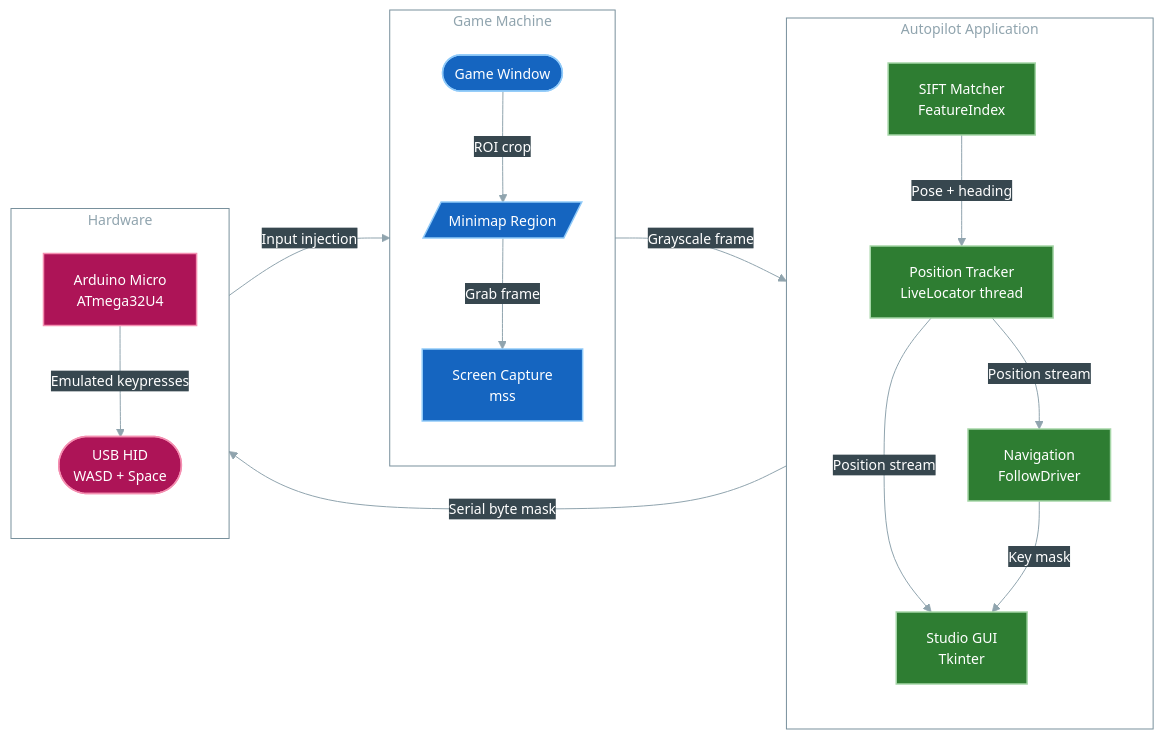
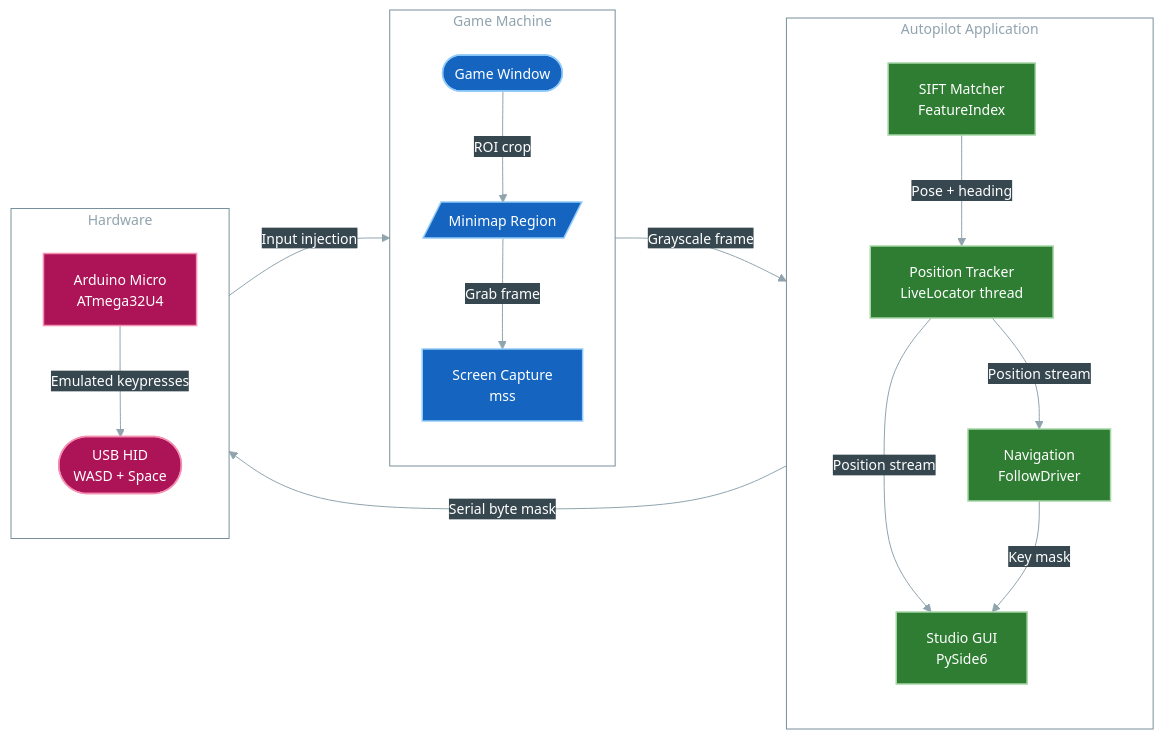
One commit to 0resuto/wardogs_autopilot changed the diagram in README.md. Above: the diagram before and after it, drawn with Mermaid. The commit also changed other lines of this file and 10 other files, not shown here.

````diff
--- a/README.md
+++ b/README.md
@@ -21,63 +22,63 @@
 ```mermaid
 %%{init: {
   'theme': 'base',
   'flowchart': { 'curve': 'basis', 'nodeSpacing': 45, 'rankSpacing': 65, 'wrap': true },
   'themeVariables': {
     'fontSize': '14px',
     'primaryColor': '#37474F',
     'primaryTextColor': '#ffffff',
     'primaryBorderColor': '#78909C',
     'lineColor': '#90A4AE',
     'secondaryColor': '#37474F',
     'tertiaryColor': '#37474F'
   }
 }}%%
 flowchart LR
     subgraph Game["Game Machine"]
         direction TB
         Screen(["Game Window"])
         Minimap[/"Minimap Region"/]
         Capture["Screen Capture<br/>mss"]
 
         Screen -->|ROI crop| Minimap
         Minimap -->|Grab frame| Capture
     end
 
     subgraph Autopilot["Autopilot Application"]
         direction TB
         Locator["SIFT Matcher<br/>FeatureIndex"]
         Tracker["Position Tracker<br/>LiveLocator thread"]
         Nav["Navigation<br/>FollowDriver"]
-        UI["Studio GUI<br/>Tkinter"]
+        UI["Studio GUI<br/>PySide6"]
 
         Locator -->|Pose + heading| Tracker
         Tracker -->|Position stream| Nav
         Tracker -->|Position stream| UI
         Nav -->|Key mask| UI
     end
 
     subgraph HW["Hardware"]
         direction TB
         Arduino["Arduino Micro<br/>ATmega32U4"]
         Keys(["USB HID<br/>WASD + Space"])
 
         Arduino -->|Emulated keypresses| Keys
     end
 
     Capture -->|Grayscale frame| Locator
     Nav -->|Serial byte mask| Arduino
     Keys -->|Input injection| Screen
 
     classDef core fill:#1565C0,stroke:#90CAF9,stroke-width:1.5px,color:#ffffff
     classDef bridge fill:#E65100,stroke:#FFCC80,stroke-width:1.5px,color:#ffffff
     classDef app fill:#2E7D32,stroke:#A5D6A7,stroke-width:1.5px,color:#ffffff
     classDef hw fill:#AD1457,stroke:#F48FB1,stroke-width:1.5px,color:#ffffff
 
     class Screen,Minimap,Capture core
     class Locator,Tracker,Nav,UI app
     class Arduino,Keys hw
 
     style Game fill:none,stroke:#78909C,stroke-width:1px,color:#90A4AE
     style Autopilot fill:none,stroke:#78909C,stroke-width:1px,color:#90A4AE
     style HW fill:none,stroke:#78909C,stroke-width:1px,color:#90A4AE
 ```
````
